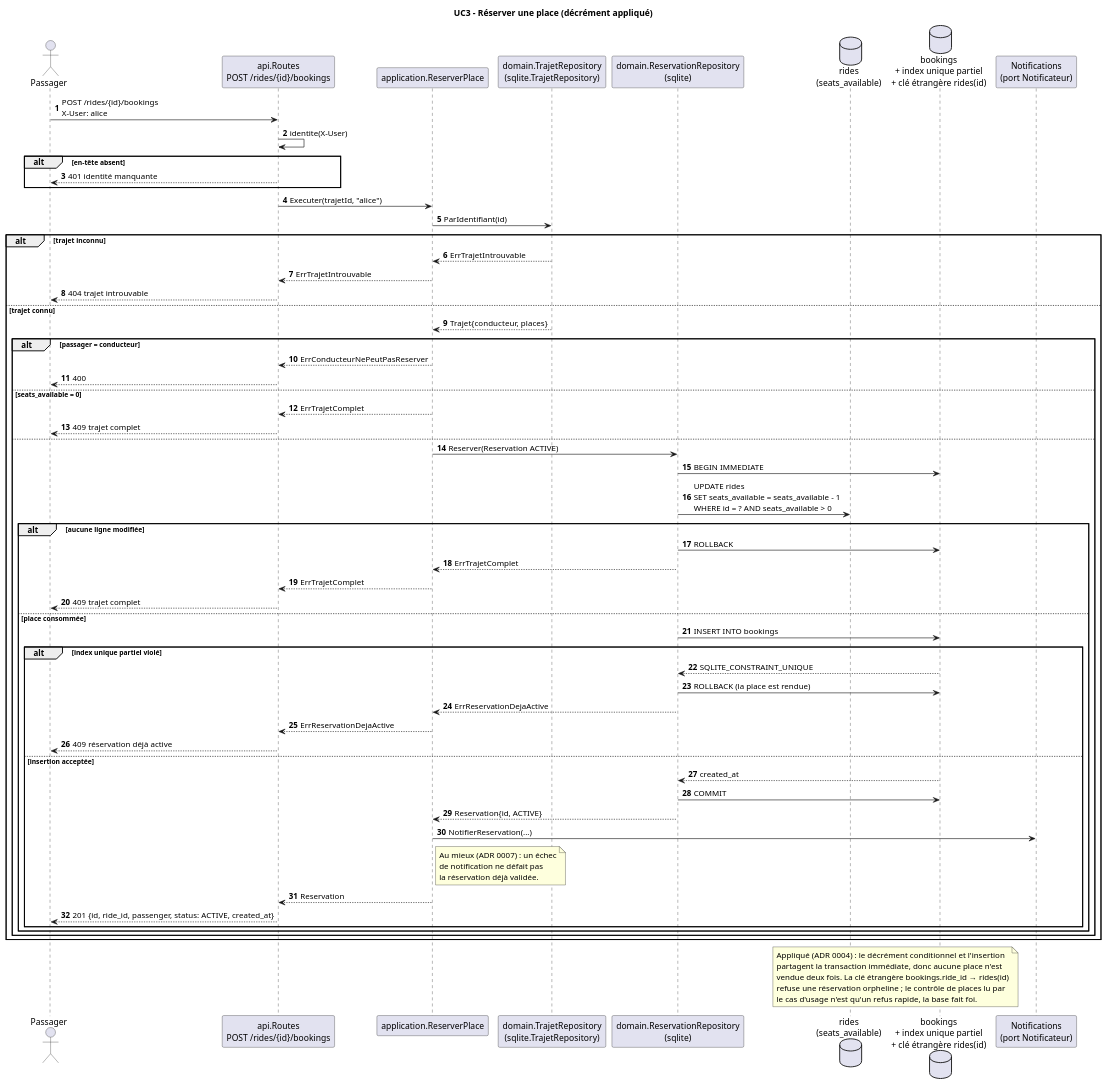
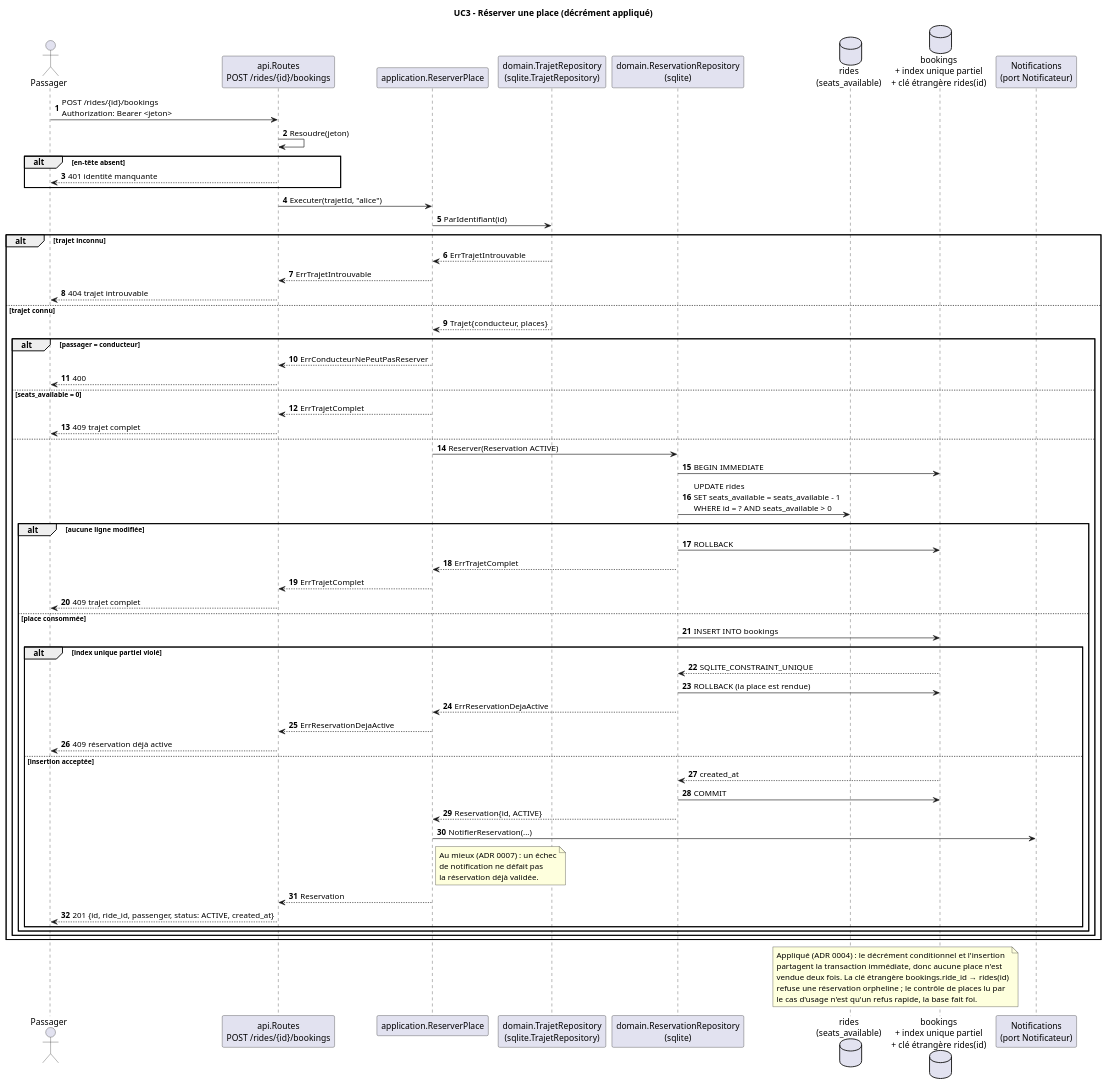
The diagram in docs/uml/uc3-sequence.puml (alaa-ilehi/Wasalni), drawn with PlantUML before and after one commit. The commit also changed 45 other files, not shown here.

```diff
--- a/docs/uml/uc3-sequence.puml
+++ b/docs/uml/uc3-sequence.puml
@@ -1,76 +1,76 @@
 @startuml uc3-sequence
 title UC3 - Réserver une place (décrément appliqué)
 autonumber
 
 actor "Passager" as Passager
 participant "api.Routes\nPOST /rides/{id}/bookings" as API
 participant "application.ReserverPlace" as UC
 participant "domain.TrajetRepository\n(sqlite.TrajetRepository)" as Trajets
 participant "domain.ReservationRepository\n(sqlite)" as Reservations
 database "rides\n(seats_available)" as Rides
 database "bookings\n+ index unique partiel\n+ clé étrangère rides(id)" as DB
 participant "Notifications\n(port Notificateur)" as Notif
 
-Passager -> API : POST /rides/{id}/bookings\nX-User: alice
-API -> API : identite(X-User)
+Passager -> API : POST /rides/{id}/bookings\nAuthorization: Bearer <jeton>
+API -> API : Resoudre(jeton)
 alt en-tête absent
   API --> Passager : 401 identité manquante
 end
 
 API -> UC : Executer(trajetId, "alice")
 UC -> Trajets : ParIdentifiant(id)
 alt trajet inconnu
   Trajets --> UC : ErrTrajetIntrouvable
   UC --> API : ErrTrajetIntrouvable
   API --> Passager : 404 trajet introuvable
 else trajet connu
   Trajets --> UC : Trajet{conducteur, places}
   alt passager = conducteur
     UC --> API : ErrConducteurNePeutPasReserver
     API --> Passager : 400
   else seats_available = 0
     UC --> API : ErrTrajetComplet
     API --> Passager : 409 trajet complet
   else
     UC -> Reservations : Reserver(Reservation ACTIVE)
     Reservations -> DB : BEGIN IMMEDIATE
     Reservations -> Rides : UPDATE rides\nSET seats_available = seats_available - 1\nWHERE id = ? AND seats_available > 0
     alt aucune ligne modifiée
       Reservations -> DB : ROLLBACK
       Reservations --> UC : ErrTrajetComplet
       UC --> API : ErrTrajetComplet
       API --> Passager : 409 trajet complet
     else place consommée
       Reservations -> DB : INSERT INTO bookings
       alt index unique partiel violé
         DB --> Reservations : SQLITE_CONSTRAINT_UNIQUE
         Reservations -> DB : ROLLBACK (la place est rendue)
         Reservations --> UC : ErrReservationDejaActive
         UC --> API : ErrReservationDejaActive
         API --> Passager : 409 réservation déjà active
       else insertion acceptée
         DB --> Reservations : created_at
         Reservations -> DB : COMMIT
         Reservations --> UC : Reservation{id, ACTIVE}
         UC -> Notif : NotifierReservation(...)
         note right of UC
           Au mieux (ADR 0007) : un échec
           de notification ne défait pas
           la réservation déjà validée.
         end note
         UC --> API : Reservation
         API --> Passager : 201 {id, ride_id, passenger, status: ACTIVE, created_at}
       end
     end
   end
 end
 
 note over Rides, DB
   Appliqué (ADR 0004) : le décrément conditionnel et l'insertion
   partagent la transaction immédiate, donc aucune place n'est
   vendue deux fois. La clé étrangère bookings.ride_id → rides(id)
   refuse une réservation orpheline ; le contrôle de places lu par
   le cas d'usage n'est qu'un refus rapide, la base fait foi.
 end note
 
 @enduml
```
